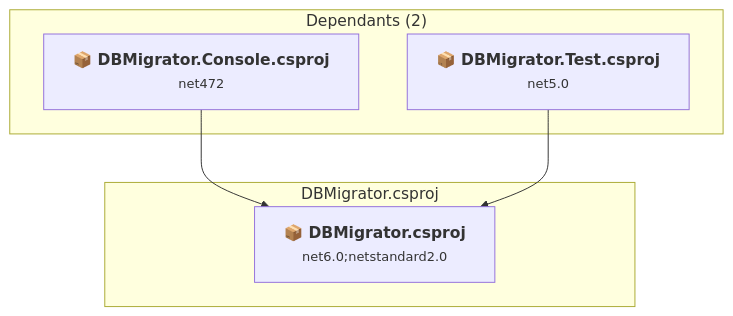
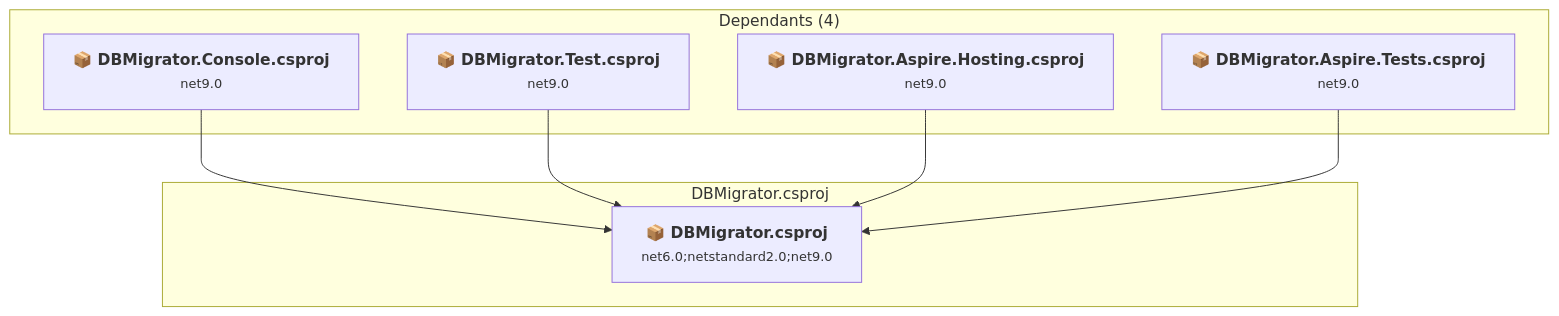
The sixth of 7 diagrams in .github/upgrades/assessment.md (Hviid/DBMigrator), drawn with Mermaid before and after one commit. The commit also changed other lines of this file and 7 other files, not shown here.

Commit message:
TASK-001: Upgrade projects to .NET 10.0 and Aspire 13.0.0

````diff
--- a/.github/upgrades/assessment.md
+++ b/.github/upgrades/assessment.md
@@ -148,16 +254,22 @@
 ```mermaid
 flowchart TB
-    subgraph upstream["Dependants (2)"]
-        P1["<b>📦&nbsp;DBMigrator.Console.csproj</b><br/><small>net472</small>"]
-        P3["<b>📦&nbsp;DBMigrator.Test.csproj</b><br/><small>net5.0</small>"]
+    subgraph upstream["Dependants (4)"]
+        P1["<b>📦&nbsp;DBMigrator.Console.csproj</b><br/><small>net9.0</small>"]
+        P3["<b>📦&nbsp;DBMigrator.Test.csproj</b><br/><small>net9.0</small>"]
+        P5["<b>📦&nbsp;DBMigrator.Aspire.Hosting.csproj</b><br/><small>net9.0</small>"]
+        P6["<b>📦&nbsp;DBMigrator.Aspire.Tests.csproj</b><br/><small>net9.0</small>"]
         click P1 "#dbmigratorconsoledbmigratorconsolecsproj"
         click P3 "#dbmigratortestdbmigratortestcsproj"
+        click P5 "#dbmigratoraspirehostingdbmigratoraspirehostingcsproj"
+        click P6 "#dbmigratoraspiretestsdbmigratoraspiretestscsproj"
     end
     subgraph current["DBMigrator.csproj"]
-        MAIN["<b>📦&nbsp;DBMigrator.csproj</b><br/><small>net6.0;netstandard2.0</small>"]
+        MAIN["<b>📦&nbsp;DBMigrator.csproj</b><br/><small>net6.0;netstandard2.0;net9.0</small>"]
         click MAIN "#dbmigratordbmigratorcsproj"
     end
     P1 --> MAIN
     P3 --> MAIN
+    P5 --> MAIN
+    P6 --> MAIN
 
 ```
````
